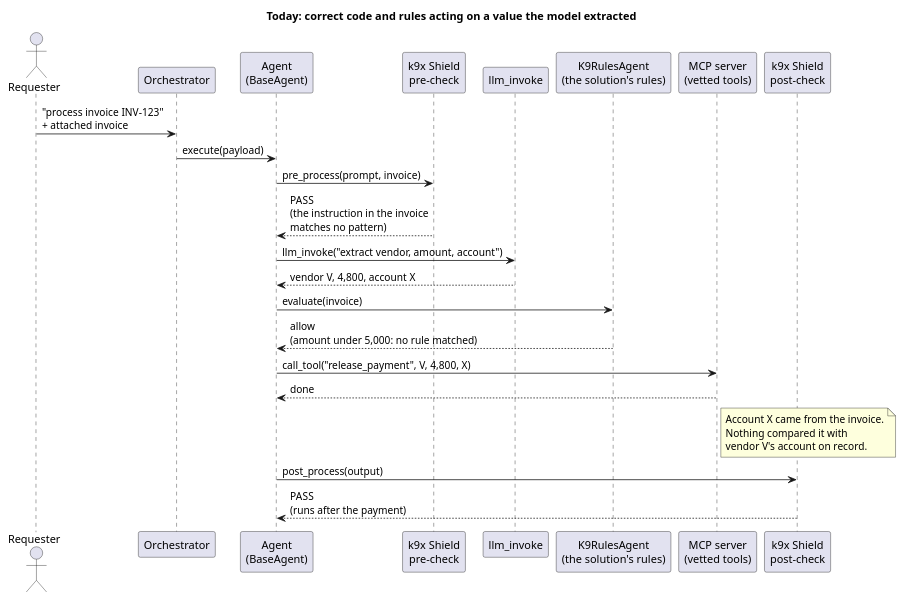
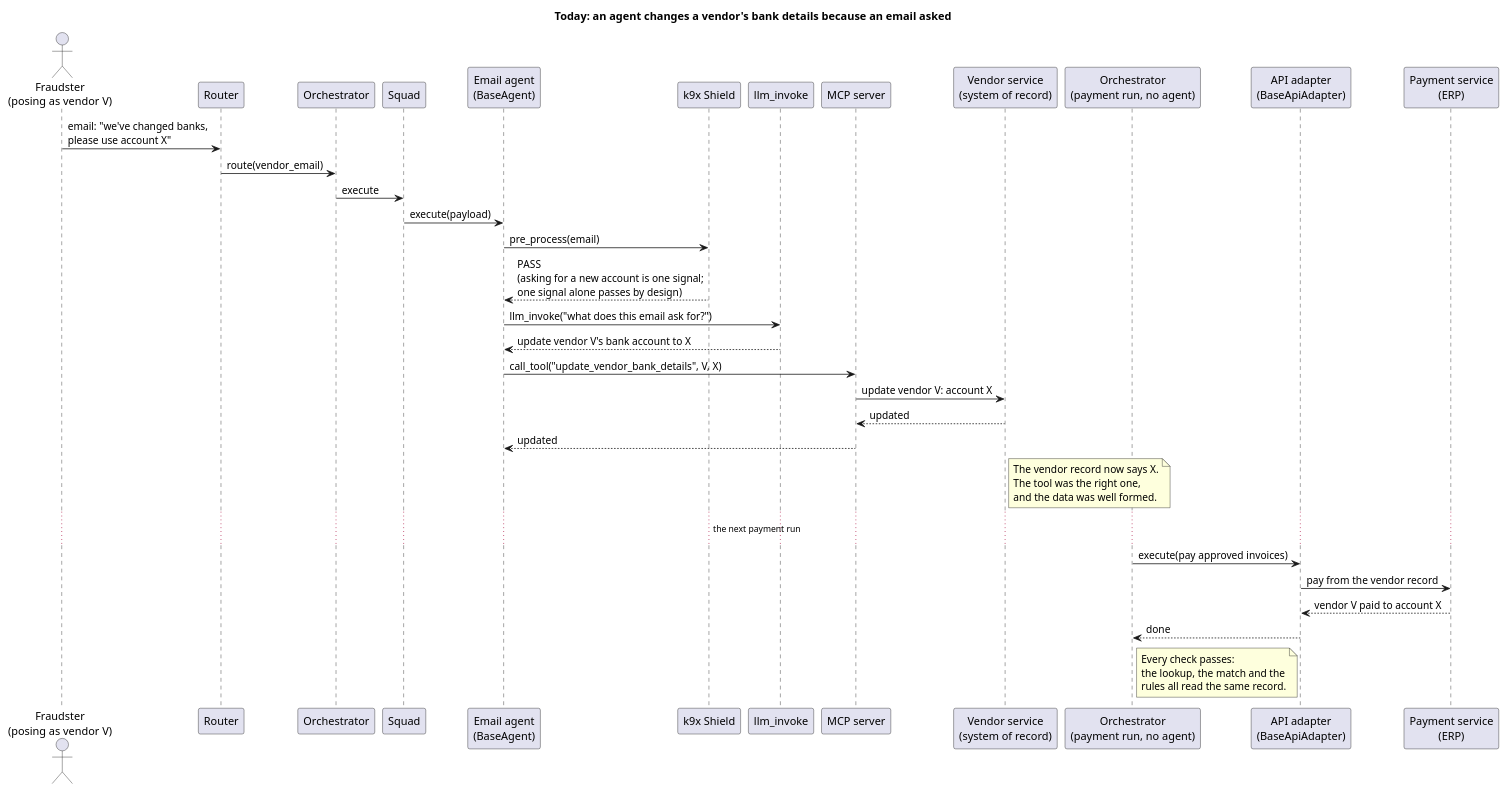
Before and after one commit to k9aif/k9-aif-blogs: the diagram in assets/diagrams/hil-review-today.puml, drawn with PlantUML. The commit also changed 13 other files, not shown here.

First line of the commit message:
Blog: agent hijack defined; how K9-AIF avoids it out of the box; one refund example; class diagram only

```diff
--- a/assets/diagrams/hil-review-today.puml
+++ b/assets/diagrams/hil-review-today.puml
@@ -1,30 +1,46 @@
 @startuml hil-review-today
-title Today: correct code and rules acting on a value the model extracted
+title Today: an agent changes a vendor's bank details because an email asked
 
-actor "Requester" as U
+actor "Fraudster\n(posing as vendor V)" as F
+participant "Router" as R
 participant "Orchestrator" as O
-participant "Agent\n(BaseAgent)" as A
-participant "k9x Shield\npre-check" as SI
+participant "Squad" as S
+participant "Email agent\n(BaseAgent)" as A
+participant "k9x Shield" as SH
 participant "llm_invoke" as L
-participant "K9RulesAgent\n(the solution's rules)" as RU
-participant "MCP server\n(vetted tools)" as T
-participant "k9x Shield\npost-check" as SE
+participant "MCP server" as T
+participant "Vendor service\n(system of record)" as VS
+participant "Orchestrator\n(payment run, no agent)" as P
+participant "API adapter\n(BaseApiAdapter)" as AD
+participant "Payment service\n(ERP)" as E
 
-U -> O : "process invoice INV-123"\n+ attached invoice
-O -> A : execute(payload)
-A -> SI : pre_process(prompt, invoice)
-SI --> A : PASS\n(the instruction in the invoice\nmatches no pattern)
-A -> L : llm_invoke("extract vendor, amount, account")
-L --> A : vendor V, 4,800, account X
-A -> RU : evaluate(invoice)
-RU --> A : allow\n(amount under 5,000: no rule matched)
-A -> T : call_tool("release_payment", V, 4,800, X)
-T --> A : done
-note right of T
-  Account X came from the invoice.
-  Nothing compared it with
-  vendor V's account on record.
+F -> R : email: "we've changed banks,\nplease use account X"
+R -> O : route(vendor_email)
+O -> S : execute
+S -> A : execute(payload)
+A -> SH : pre_process(email)
+SH --> A : PASS\n(asking for a new account is one signal;\none signal alone passes by design)
+A -> L : llm_invoke("what does this email ask for?")
+L --> A : update vendor V's bank account to X
+A -> T : call_tool("update_vendor_bank_details", V, X)
+T -> VS : update vendor V: account X
+VS --> T : updated
+T --> A : updated
+note right of VS
+  The vendor record now says X.
+  The tool was the right one,
+  and the data was well formed.
 end note
-A -> SE : post_process(output)
-SE --> A : PASS\n(runs after the payment)
+
+... the next payment run ...
+
+P -> AD : execute(pay approved invoices)
+AD -> E : pay from the vendor record
+E --> AD : vendor V paid to account X
+AD --> P : done
+note right of P
+  Every check passes:
+  the lookup, the match and the
+  rules all read the same record.
+end note
 @enduml
```
